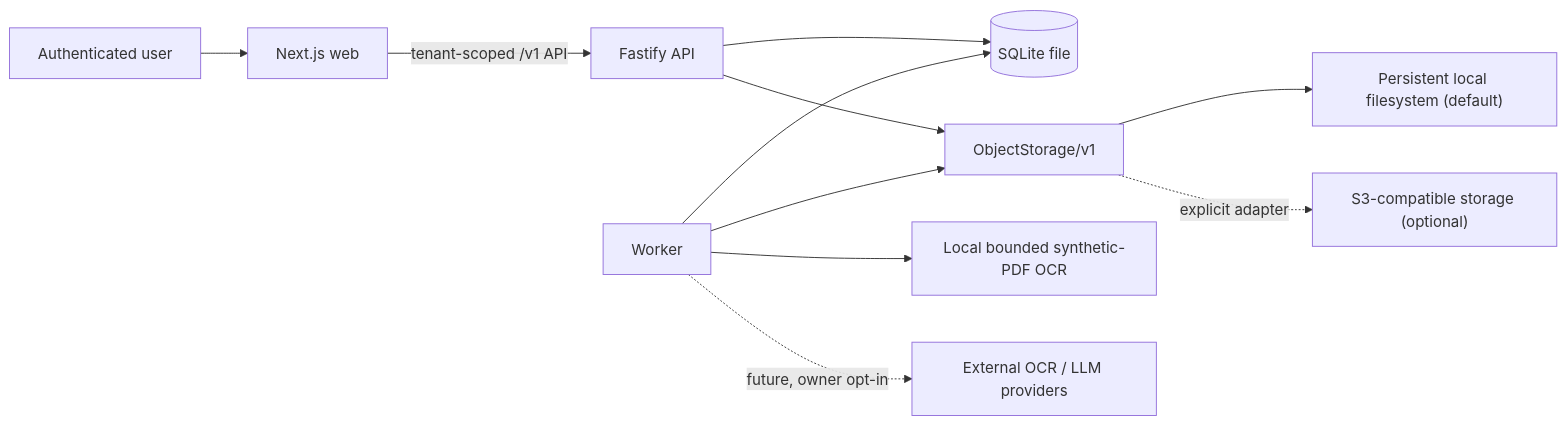
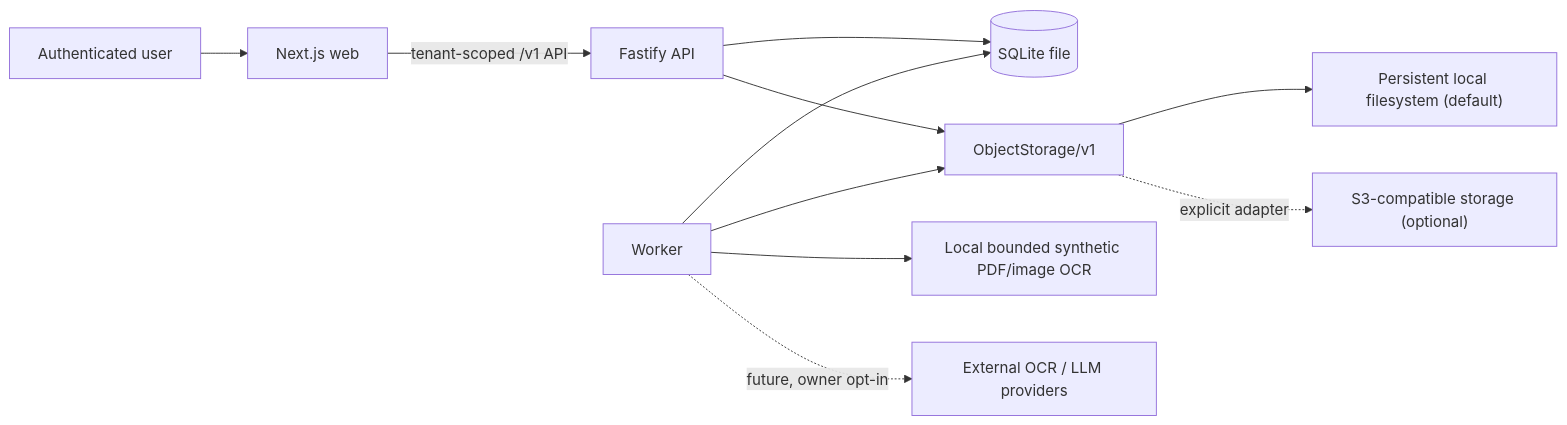
One commit to Braidner/veylta changed the first of 2 diagrams in docs/architecture.md. Above: the diagram before and after it, drawn with Mermaid. The commit also changed other lines of this file and 55 other files, not shown here.

Commit message:
feat: add direct synthetic image ingestion

````diff
--- a/docs/architecture.md
+++ b/docs/architecture.md
@@ -41,13 +42,13 @@
 ```mermaid
 flowchart LR
   U["Authenticated user"] --> W["Next.js web"]
   W -->|"tenant-scoped /v1 API"| A["Fastify API"]
   A --> P[("SQLite file")]
   A --> O["ObjectStorage/v1"]
   J["Worker"] --> P
   J --> O
   O --> L["Persistent local filesystem (default)"]
   O -. "explicit adapter" .-> S["S3-compatible storage (optional)"]
-  J --> Q["Local bounded synthetic-PDF OCR"]
+  J --> Q["Local bounded synthetic PDF/image OCR"]
   J -. "future, owner opt-in" .-> X["External OCR / LLM providers"]
 ```
````
